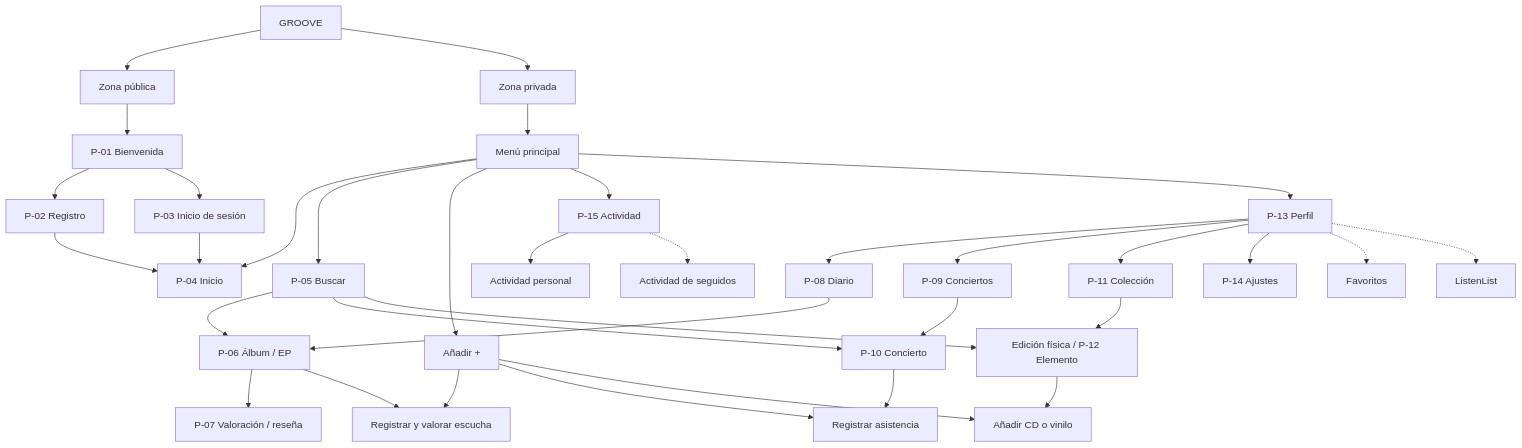
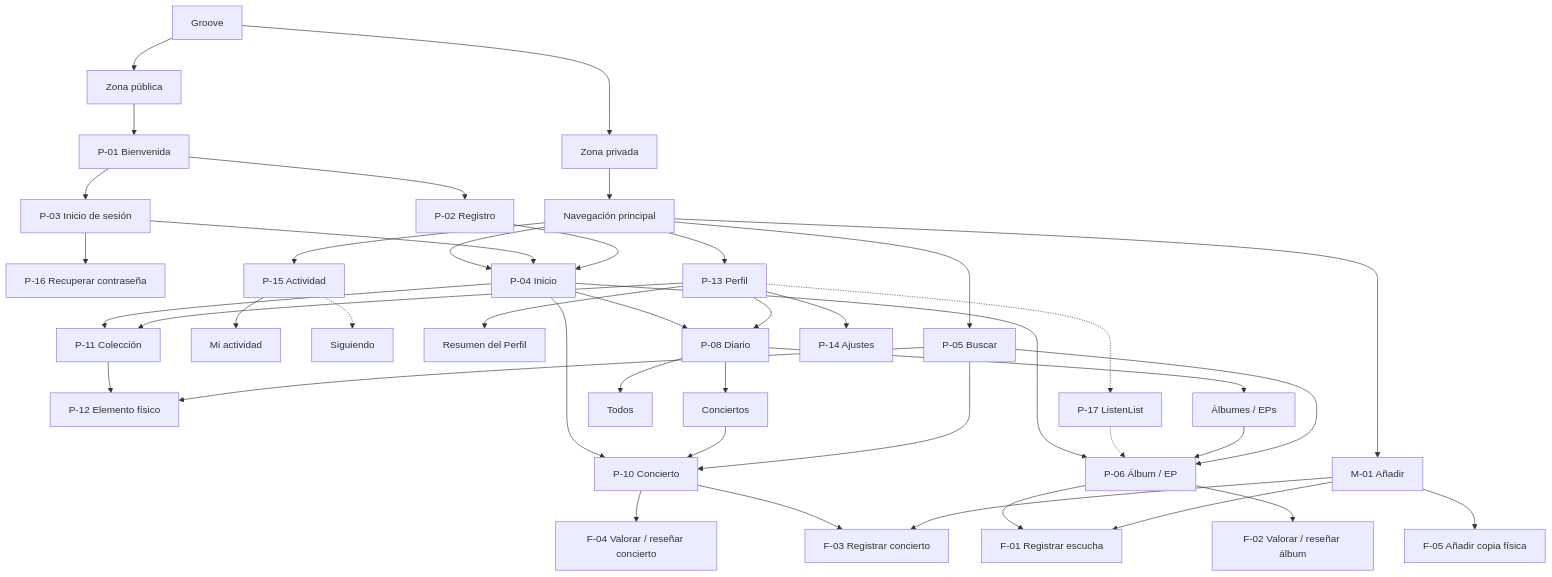
The diagram in docs/diseno/navegacion.md (marceloodiezz/groove), drawn with Mermaid before and after one commit. The commit also changed other lines of this file and 6 other files, not shown here.

````diff
--- a/docs/diseno/navegacion.md
+++ b/docs/diseno/navegacion.md
@@ -150,37 +445,59 @@
 ```mermaid
 flowchart TD
-    G["GROOVE"] --> PUB["Zona pública"]
+    G["Groove"] --> PUB["Zona pública"]
     G --> PRI["Zona privada"]
+
     PUB --> W["P-01 Bienvenida"]
     W --> REG["P-02 Registro"]
     W --> LOGIN["P-03 Inicio de sesión"]
+    LOGIN --> REC["P-16 Recuperar contraseña"]
+
     REG --> HOME
     LOGIN --> HOME
-    PRI --> NAV["Menú principal"]
+
+    PRI --> NAV["Navegación principal"]
+
     NAV --> HOME["P-04 Inicio"]
     NAV --> SEARCH["P-05 Buscar"]
-    NAV --> ADD["Añadir +"]
+    NAV --> ADD["M-01 Añadir"]
     NAV --> ACT["P-15 Actividad"]
     NAV --> PROF["P-13 Perfil"]
+
     SEARCH --> ALBUM["P-06 Álbum / EP"]
     SEARCH --> CONCERT["P-10 Concierto"]
-    SEARCH --> PHYS["Edición física / P-12 Elemento"]
-    ADD --> LISTEN["Registrar y valorar escucha"]
-    ADD --> ATTEND["Registrar asistencia"]
-    ADD --> COPY["Añadir CD o vinilo"]
-    ACT --> OWN["Actividad personal"]
-    ACT -.-> FRIENDS["Actividad de seguidos"]
+    SEARCH --> PHYS["P-12 Elemento físico"]
+
+    ADD --> LISTEN["F-01 Registrar escucha"]
+    ADD --> ATTEND["F-03 Registrar concierto"]
+    ADD --> COPY["F-05 Añadir copia física"]
+
+    ACT --> OWN["Mi actividad"]
+    ACT -.-> SOCIAL["Siguiendo"]
+
+    PROF --> SUMMARY["Resumen del Perfil"]
     PROF --> DIARY["P-08 Diario"]
-    PROF --> SHOWS["P-09 Conciertos"]
     PROF --> COLL["P-11 Colección"]
+    PROF -.-> WISH["P-17 ListenList"]
     PROF --> SETTINGS["P-14 Ajustes"]
-    PROF -.-> FAV["Favoritos"]
-    PROF -.-> WISH["ListenList"]
-    DIARY --> ALBUM
+
+    DIARY --> ALL["Todos"]
+    DIARY --> MUSIC["Álbumes / EPs"]
+    DIARY --> SHOWS["Conciertos"]
+
+    MUSIC --> ALBUM
     SHOWS --> CONCERT
+
     COLL --> PHYS
-    ALBUM --> RATING["P-07 Valoración / reseña"]
+    WISH -.-> ALBUM
+
     ALBUM --> LISTEN
+    ALBUM --> REVIEW["F-02 Valorar / reseñar álbum"]
+
     CONCERT --> ATTEND
-    PHYS --> COPY
+    CONCERT --> CREVIEW["F-04 Valorar / reseñar concierto"]
+
+    HOME --> DIARY
+    HOME --> COLL
+    HOME --> ALBUM
+    HOME --> CONCERT
 ```
````
